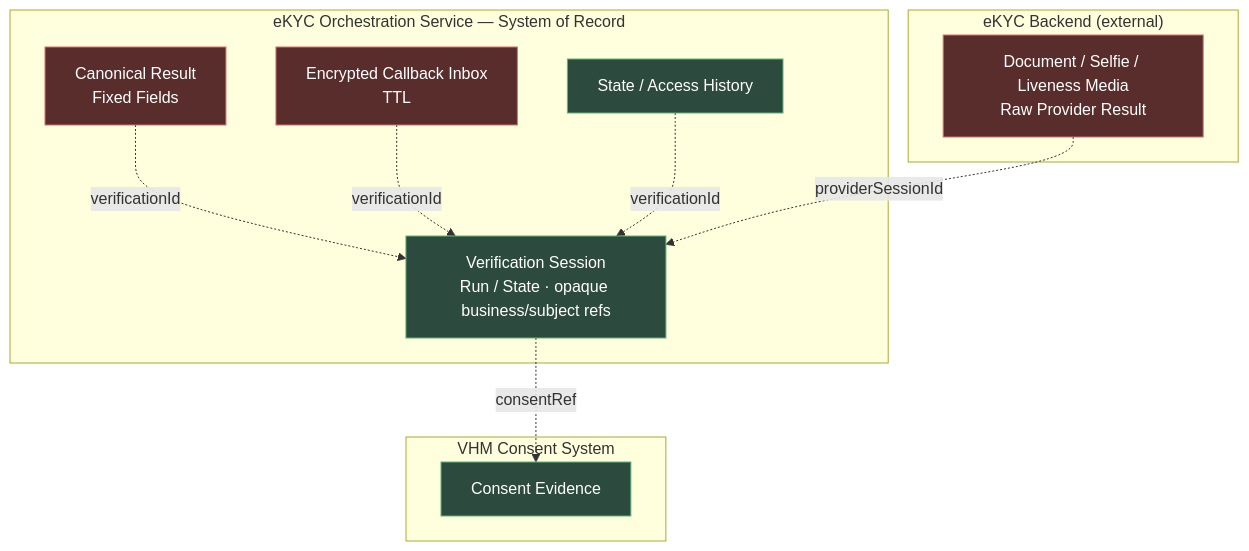
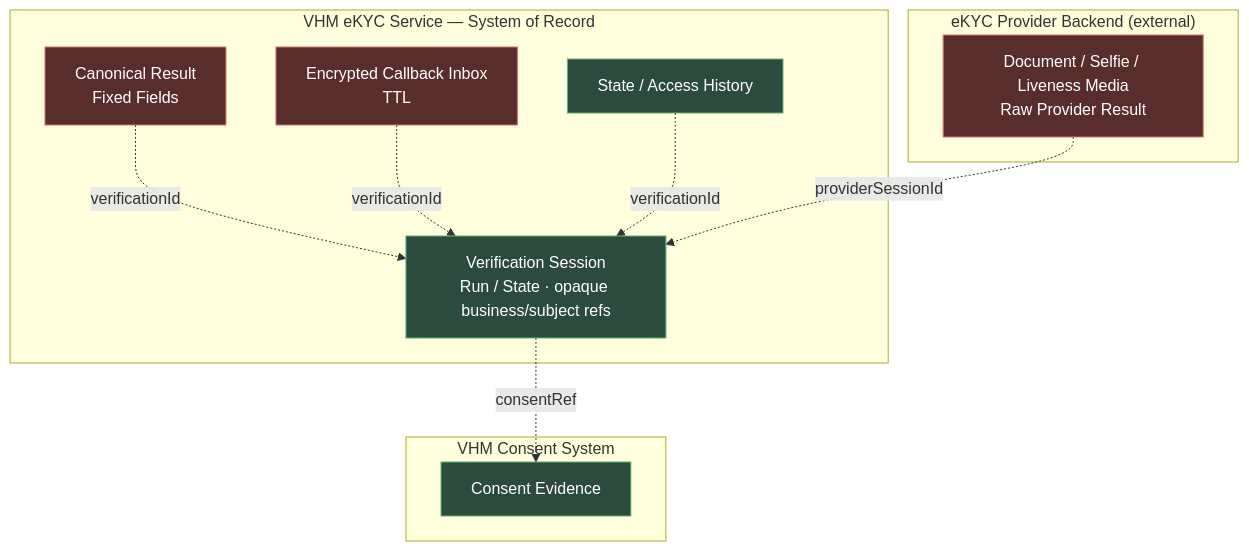
The sixth of 16 diagrams in README.md (huynv-xyz/vhm), drawn with Mermaid before and after one commit. The commit also changed other lines of this file, not shown here.

````diff
--- a/README.md
+++ b/README.md
@@ -644,24 +638,24 @@
 ```mermaid
 flowchart TB
     subgraph CONSENT["VHM Consent System"]
         CONSENT_DATA["Consent Evidence"]:::owned
     end
-    subgraph Orchestrator["eKYC Orchestration Service — System of Record"]
+    subgraph EKYC_SERVICE["VHM eKYC Service — System of Record"]
         SESSION["Verification Session<br/>Run / State · opaque business/subject refs"]:::owned
         RESULT["Canonical Result<br/>Fixed Fields"]:::sensitive
         INBOX["Encrypted Callback Inbox<br/>TTL"]:::sensitive
         HISTORY["State / Access History"]:::owned
     end
-    subgraph PROVIDER["eKYC Backend (external)"]
+    subgraph PROVIDER["eKYC Provider Backend (external)"]
         PROVIDER_DATA["Document / Selfie / Liveness Media<br/>Raw Provider Result"]:::sensitive
     end
 
     SESSION -.->|"consentRef"| CONSENT_DATA
     RESULT -.->|"verificationId"| SESSION
     INBOX -.->|"verificationId"| SESSION
     HISTORY -.->|"verificationId"| SESSION
     PROVIDER_DATA -.->|"providerSessionId"| SESSION
 
     classDef owned fill:#2d4a3e,stroke:#5fb37a,color:#fff;
     classDef sensitive fill:#5a2d2d,stroke:#d96f6f,color:#fff;
 ```
````
